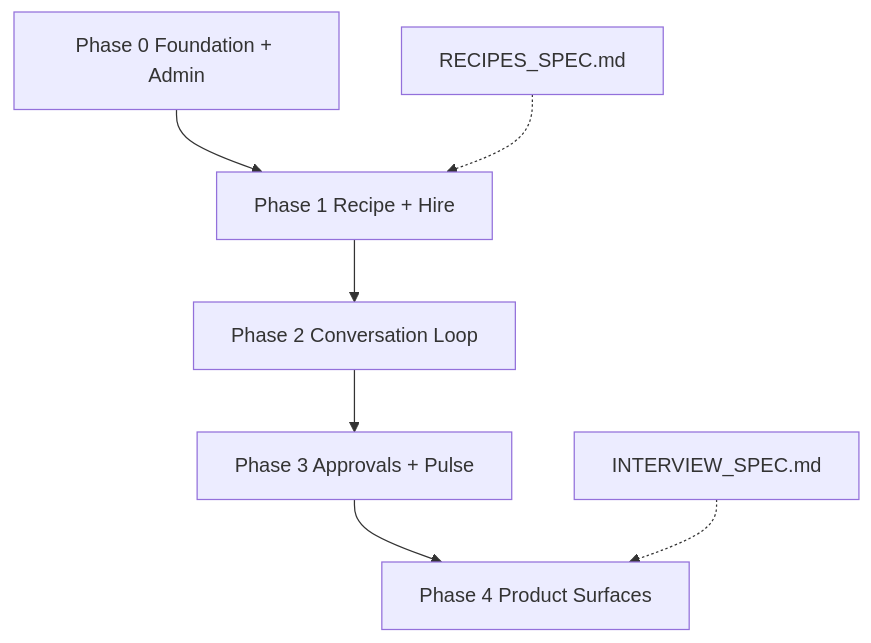
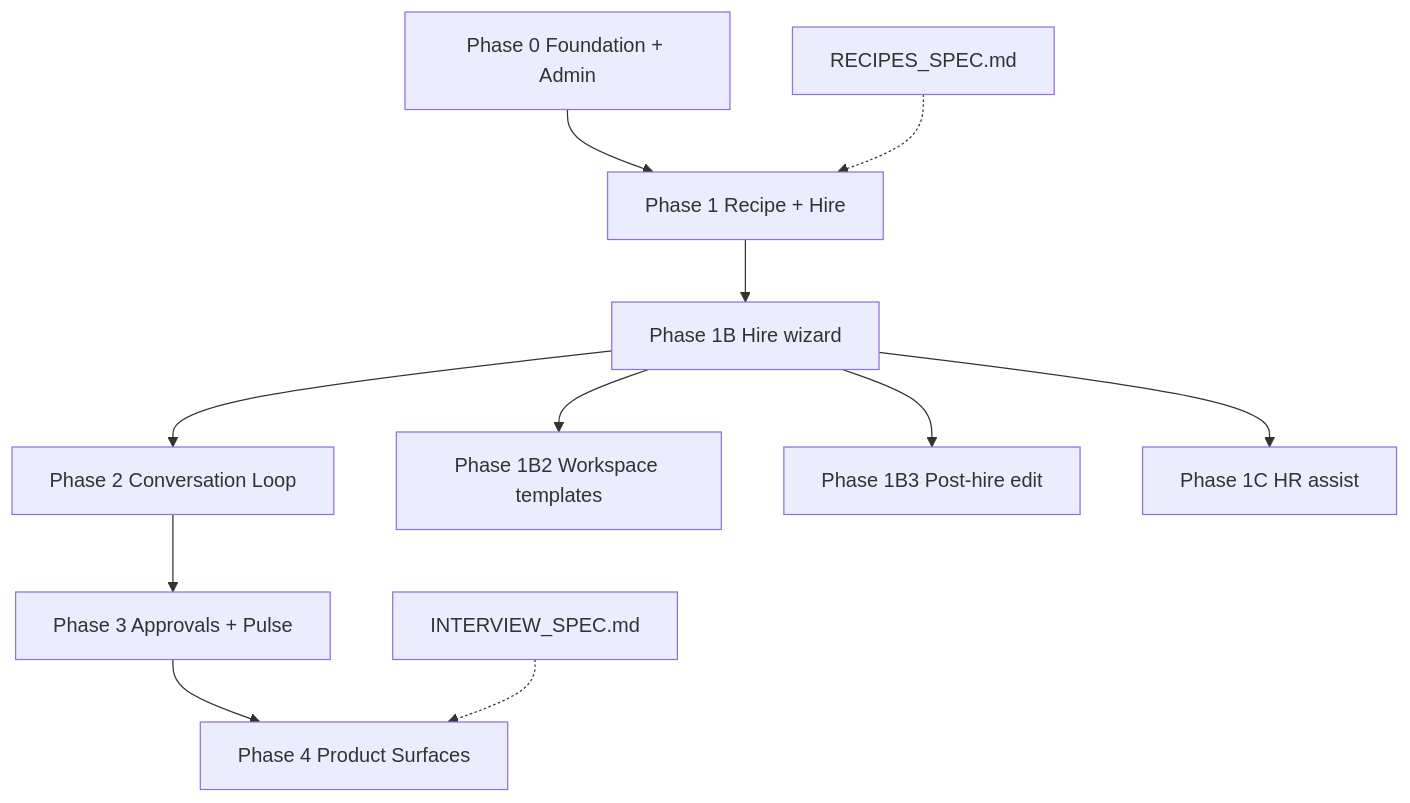
One commit to Nitaym/pidgin changed the diagram in specs/IMPLEMENTATION_PLAN.md. Above: the diagram before and after it, drawn with Mermaid. The commit also changed other lines of this file and 71 other files, not shown here.

````diff
--- a/specs/IMPLEMENTATION_PLAN.md
+++ b/specs/IMPLEMENTATION_PLAN.md
@@ -216,16 +294,20 @@
 ```mermaid
 flowchart TD
   P0[Phase 0 Foundation + Admin]
   P1[Phase 1 Recipe + Hire]
   P2[Phase 2 Conversation Loop]
   P3[Phase 3 Approvals + Pulse]
   P4[Phase 4 Product Surfaces]
 
   P0 --> P1
-  P1 --> P2
+  P1 --> P1B[Phase 1B Hire wizard]
+  P1B --> P1B2[Phase 1B2 Workspace templates]
+  P1B --> P1B3[Phase 1B3 Post-hire edit]
+  P1B --> P1C[Phase 1C HR assist]
+  P1B --> P2
   P2 --> P3
   P3 --> P4
 
   RS[RECIPES_SPEC.md] -.-> P1
   IS[INTERVIEW_SPEC.md] -.-> P4
 ```
````
